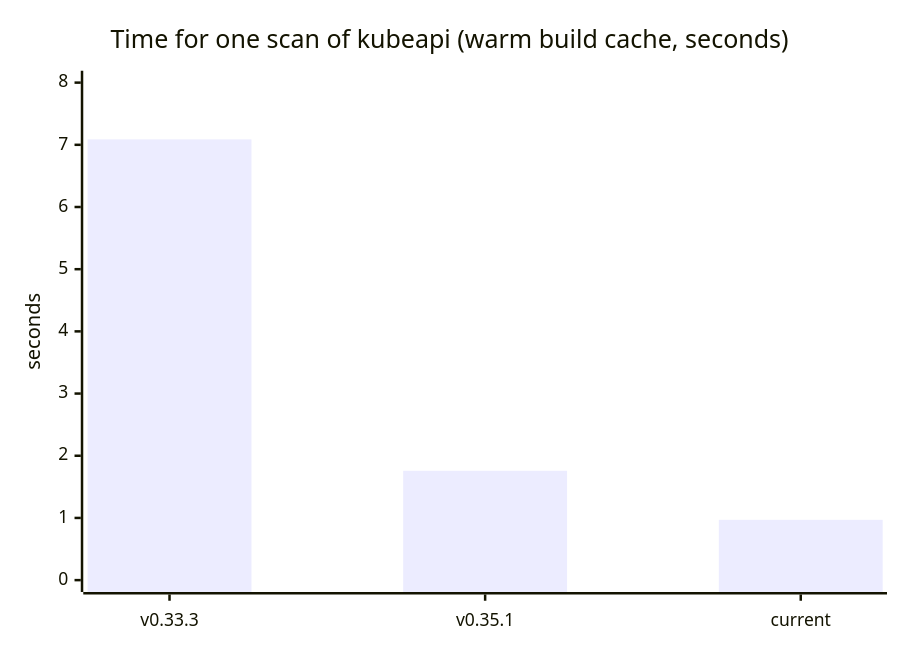
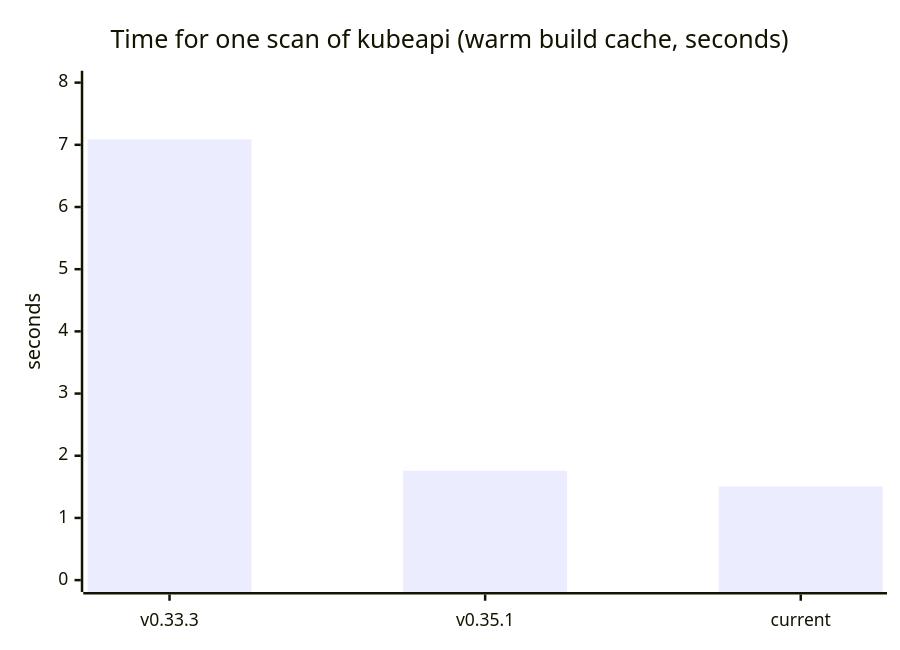
Before and after one commit to go-openapi/codescan: the first of 5 diagrams in docs/doc-site/maintainers/performance.md, drawn with Mermaid. The commit also changed other lines of this file and 1 other file, not shown here.

````diff
--- a/docs/doc-site/maintainers/performance.md
+++ b/docs/doc-site/maintainers/performance.md
@@ -39,7 +39,7 @@
 ```mermaid
 xychart-beta
     title "Time for one scan of kubeapi (warm build cache, seconds)"
     x-axis ["v0.33.3", "v0.35.1", "current"]
     y-axis "seconds" 0 --> 8
-    bar [7.087, 1.758, 0.970]
+    bar [7.087, 1.758, 1.506]
 ```
````
